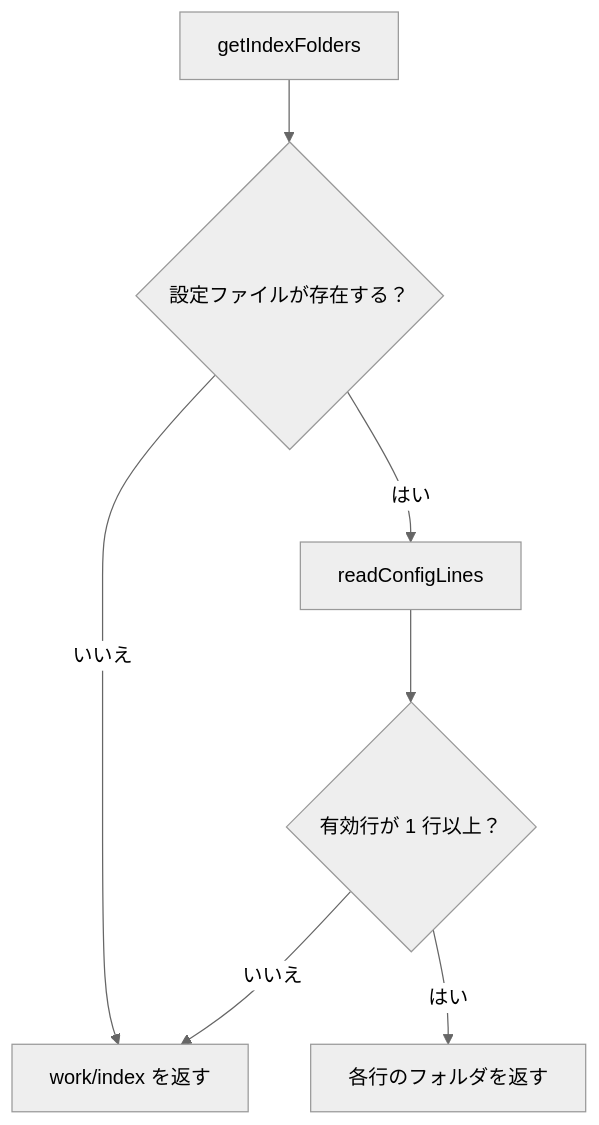
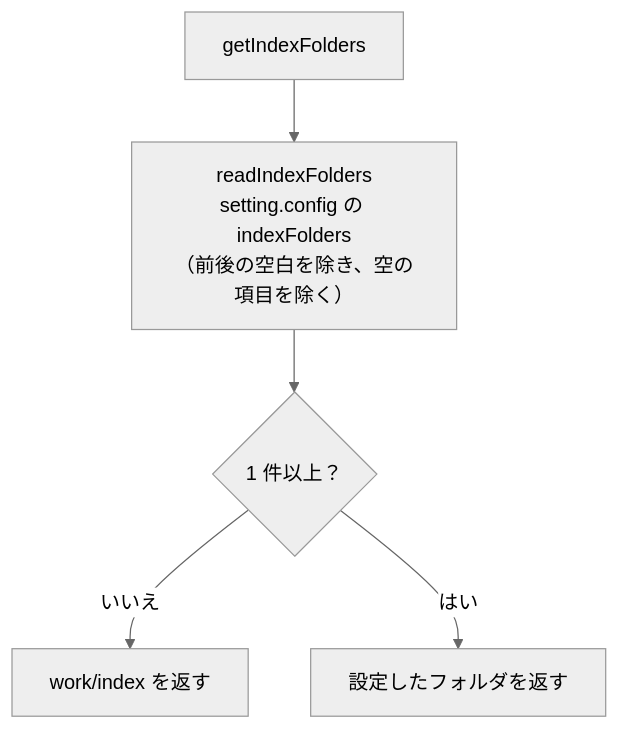
Before and after one commit to hsgwa/tebunko: the first of 4 diagrams in docs/02_検索.md, drawn with Mermaid (neutral theme). The commit also changed other lines of this file and 28 other files, not shown here.

````diff
--- a/docs/02_検索.md
+++ b/docs/02_検索.md
@@ -41,9 +33,7 @@
 ```mermaid
 flowchart TD
-    A["getIndexFolders"] --> B{"設定ファイルが存在する？"}
-    B -- いいえ --> Z["work/index を返す"]
-    B -- はい --> C["readConfigLines"]
-    C --> D{"有効行が 1 行以上？"}
-    D -- いいえ --> Z
-    D -- はい --> E["各行のフォルダを返す"]
+    A["getIndexFolders"] --> B["readIndexFolders<br>setting.config の indexFolders<br>（前後の空白を除き、空の項目を除く）"]
+    B --> D{"1 件以上？"}
+    D -- いいえ --> Z["work/index を返す"]
+    D -- はい --> E["設定したフォルダを返す"]
 ```
````
